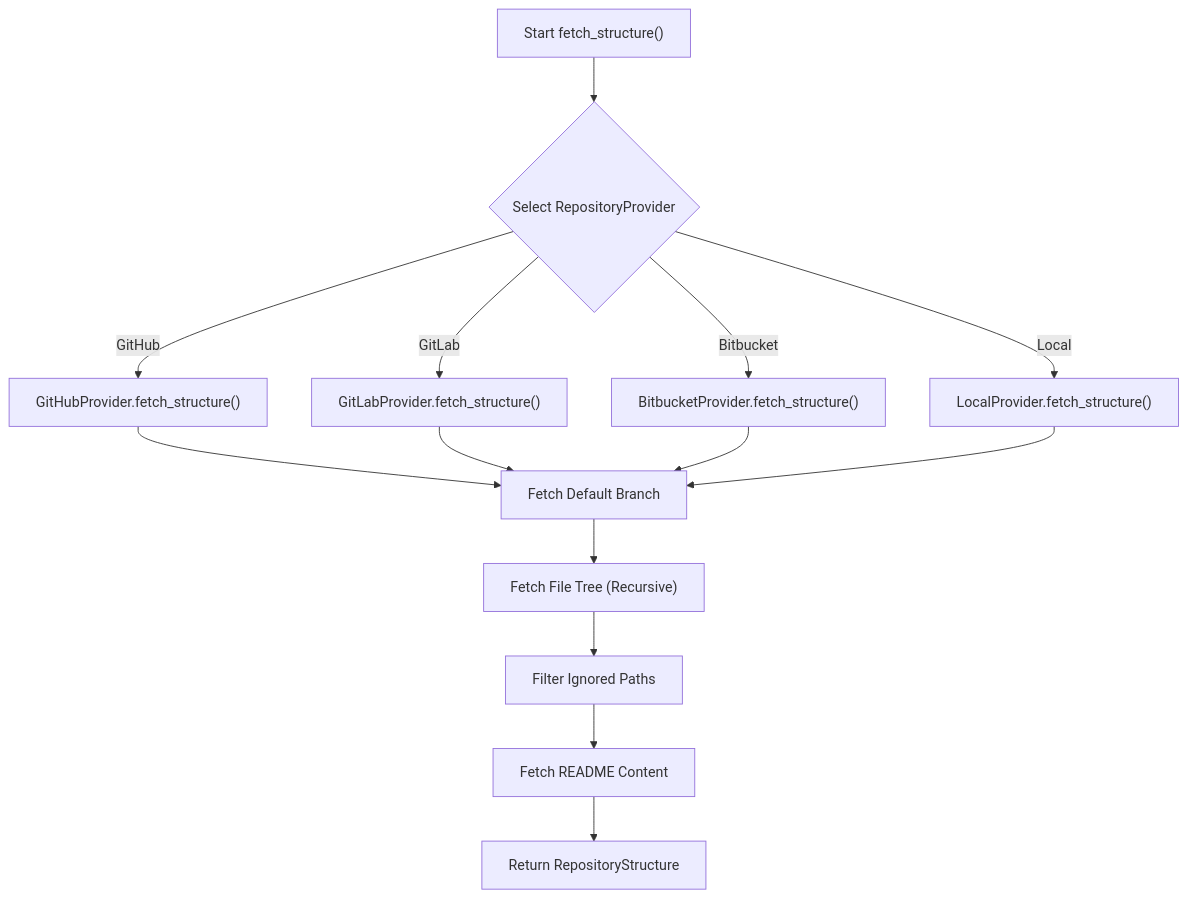
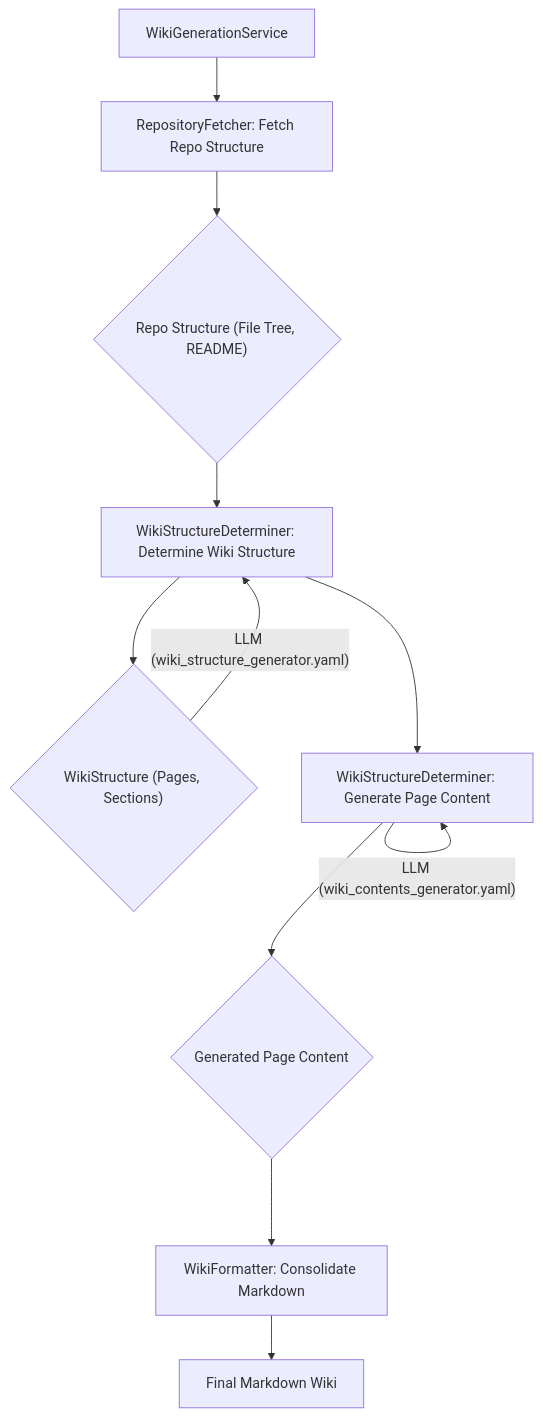
Before and after one commit to catuscio/wiki-as-readme: the fourth of 14 diagrams in examples/wiki_as_README.md, drawn with Mermaid. The commit also changed other lines of this file, not shown here.

Commit message:
✨📚 Update examples/wiki_as_README.md via Wiki-As-Readme Action (en)

````diff
--- a/examples/wiki_as_README.md
+++ b/examples/wiki_as_README.md
@@ -498,13 +557,13 @@
 ```mermaid
-flowchart TD
-    A["Start fetch_structure()"] --> B{"Select RepositoryProvider"};
-    B -- "GitHub" --> C["GitHubProvider.fetch_structure()"];
-    B -- "GitLab" --> D["GitLabProvider.fetch_structure()"];
-    B -- "Bitbucket" --> E["BitbucketProvider.fetch_structure()"];
-    B -- "Local" --> F["LocalProvider.fetch_structure()"];
-    C & D & E & F --> G["Fetch Default Branch"];
-    G --> H["Fetch File Tree (Recursive)"];
-    H --> I["Filter Ignored Paths"];
-    I --> J["Fetch README Content"];
-    J --> K["Return RepositoryStructure"];
+graph TD
+    A["WikiGenerationService"] --> B["RepositoryFetcher: Fetch Repo Structure"];
+    B --> C{"Repo Structure (File Tree, README)"};
+    C --> D["WikiStructureDeterminer: Determine Wiki Structure"];
+    D --> E{"WikiStructure (Pages, Sections)"};
+    E -- "LLM (wiki_structure_generator.yaml)" --> D;
+    D --> F["WikiStructureDeterminer: Generate Page Content"];
+    F -- "LLM (wiki_contents_generator.yaml)" --> F;
+    F --> G{"Generated Page Content"};
+    G --> H["WikiFormatter: Consolidate Markdown"];
+    H --> I["Final Markdown Wiki"];
 ```
````
